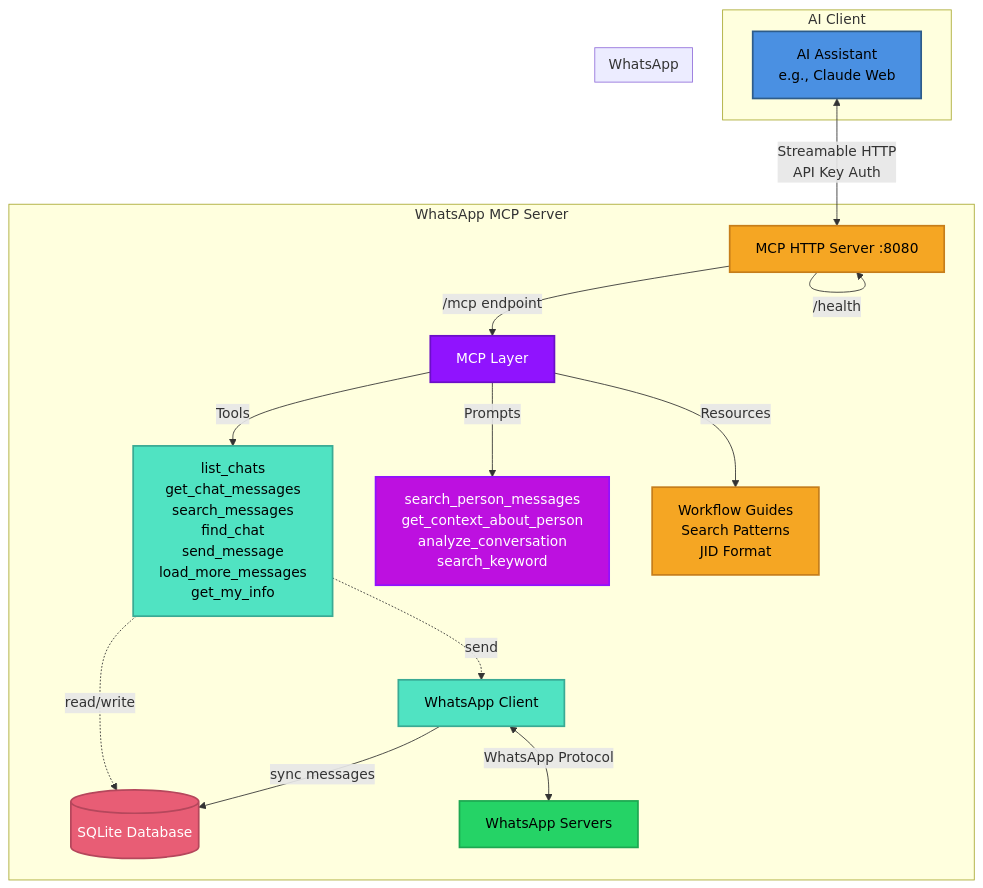
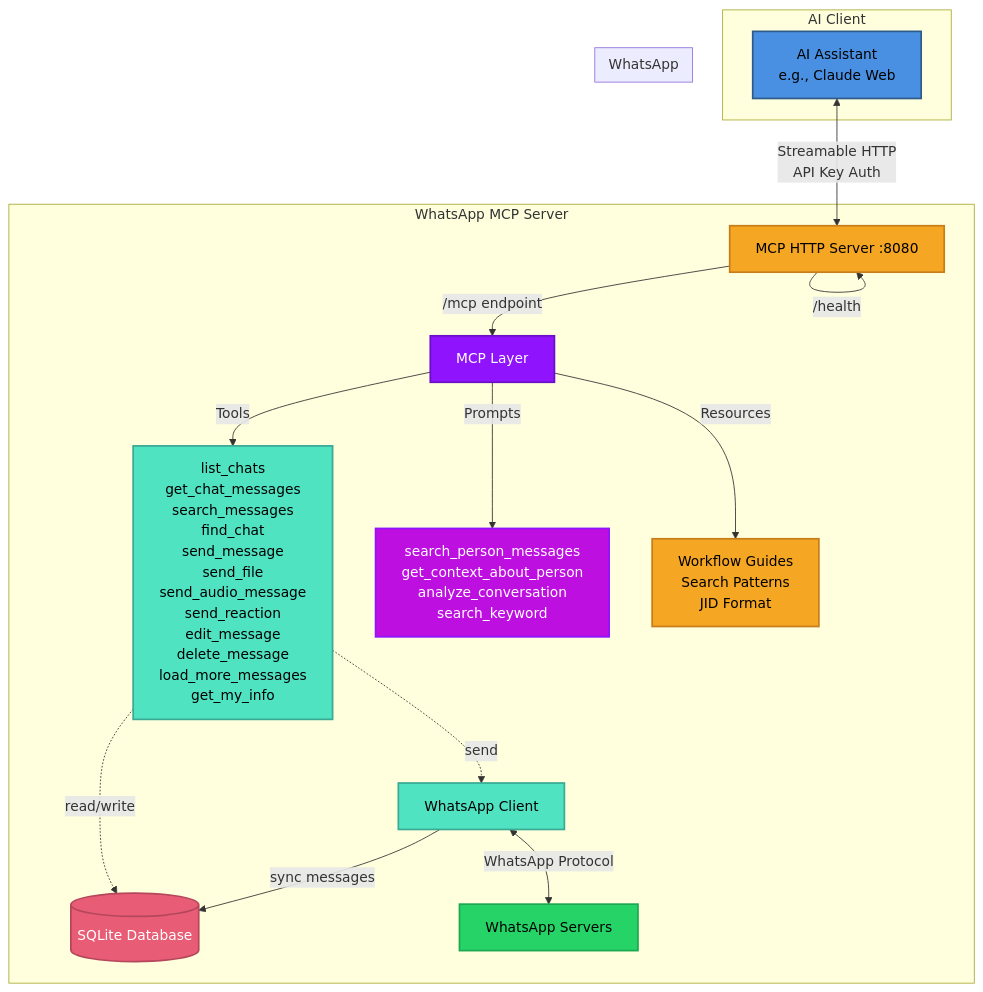
The diagram in README.md (felipeadeildo/whatsapp-mcp), drawn with Mermaid before and after one commit. The commit also changed other lines of this file, not shown here.

First line of the commit message:
docs: document new tools and check off matching roadmap items

````diff
--- a/README.md
+++ b/README.md
@@ -85,42 +90,42 @@
 ```mermaid
 graph TB
     subgraph "AI Client"
         A[AI Assistant <br/> e.g., Claude Web]
     end
 
     subgraph "WhatsApp MCP Server"
         B[MCP HTTP Server :8080]
         C[MCP Layer]
         D[WhatsApp Client]
         E[(SQLite Database)]
 
         B -->|/mcp endpoint| C
         B -->|/health| B
 
-        C -->|Tools| C1[list_chats<br/>get_chat_messages<br/>search_messages<br/>find_chat<br/>send_message<br/>load_more_messages<br/>get_my_info]
+        C -->|Tools| C1[list_chats<br/>get_chat_messages<br/>search_messages<br/>find_chat<br/>send_message<br/>send_file<br/>send_audio_message<br/>send_reaction<br/>edit_message<br/>delete_message<br/>load_more_messages<br/>get_my_info]
         C -->|Prompts| C2[search_person_messages<br/>get_context_about_person<br/>analyze_conversation<br/>search_keyword]
         C -->|Resources| C3[Workflow Guides<br/>Search Patterns<br/>JID Format]
 
         C1 -.->|read/write| E
         C1 -.->|send| D
 
         D -->|sync messages| E
         D <-->|WhatsApp Protocol| F
     end
 
     subgraph "WhatsApp"
         F[WhatsApp Servers]
     end
 
     A <-->|Streamable HTTP<br/>API Key Auth| B
 
     style A fill:#4A90E2,stroke:#2E5C8A,stroke-width:2px,color:#000
     style B fill:#F5A623,stroke:#C67E1B,stroke-width:2px,color:#000
     style C fill:#9013FE,stroke:#6B0FC7,stroke-width:2px,color:#fff
     style C1 fill:#50E3C2,stroke:#3AAA94,stroke-width:2px,color:#000
     style C2 fill:#BD10E0,stroke:#9012FE,stroke-width:2px,color:#fff
     style C3 fill:#F5A623,stroke:#C67E1B,stroke-width:2px,color:#000
     style D fill:#50E3C2,stroke:#3AAA94,stroke-width:2px,color:#000
     style E fill:#E85D75,stroke:#B5475C,stroke-width:2px,color:#fff
     style F fill:#25D366,stroke:#1DA851,stroke-width:2px,color:#000
 ```
````
